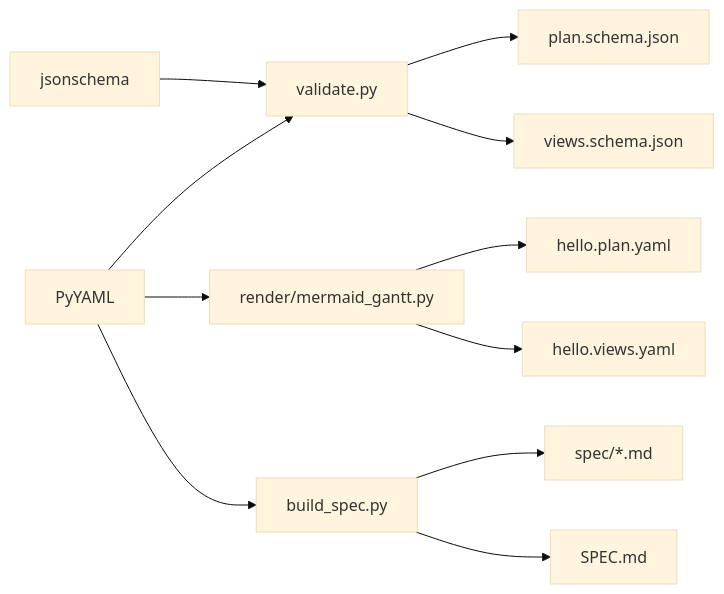
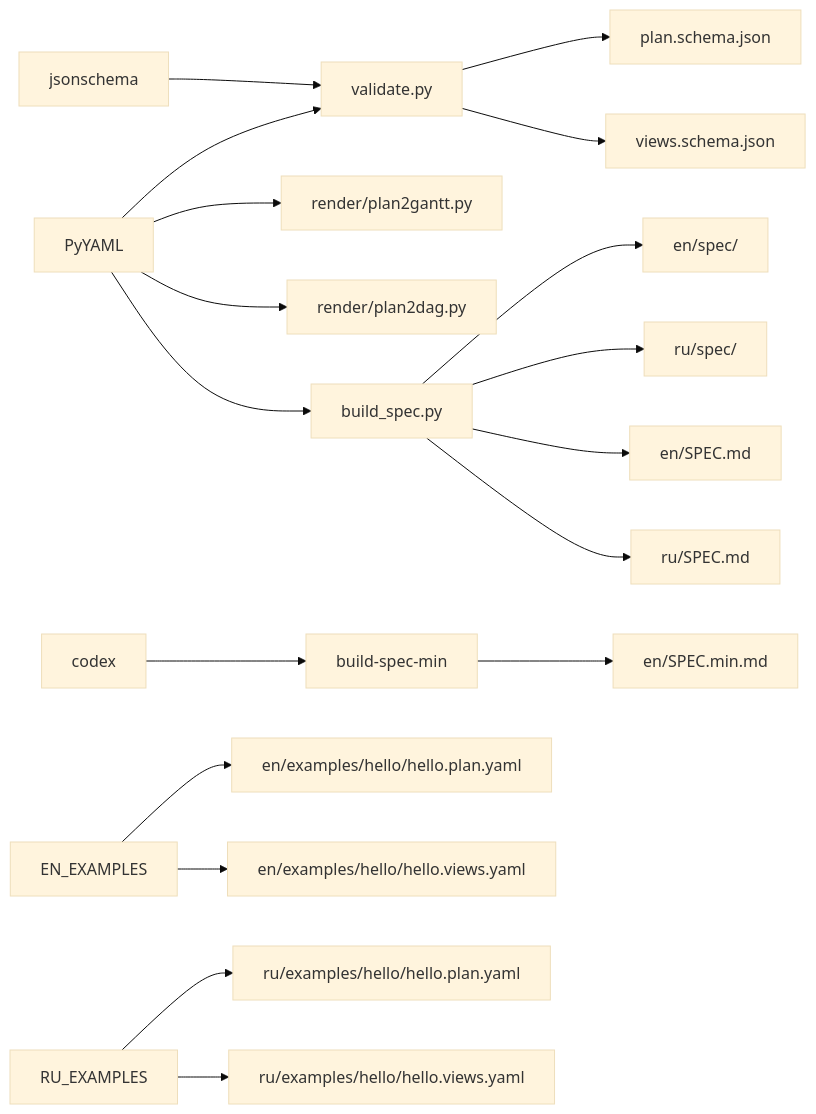
Before and after one commit to asukhodko/opskarta: the eighth of 8 diagrams in .qoder/repowiki/en/content/Tooling and Utilities/Tooling and Utilities.md, drawn with Mermaid (base theme). The commit also changed other lines of this file and 7 other files, not shown here.

````diff
--- a/.qoder/repowiki/en/content/Tooling and Utilities/Tooling and Utilities.md
+++ b/.qoder/repowiki/en/content/Tooling and Utilities/Tooling and Utilities.md
@@ -275,13 +437,20 @@
 ```mermaid
 graph LR
 PY["PyYAML"] --> V["validate.py"]
 JS["jsonschema"] --> V
-PY --> R["render/mermaid_gantt.py"]
+PY --> R["render/plan2gantt.py"]
+PY --> RD["render/plan2dag.py"]
 PY --> B["build_spec.py"]
+COD["codex"] --> BSM["build-spec-min"]
 V --> SP["plan.schema.json"]
 V --> SV["views.schema.json"]
-R --> EP["hello.plan.yaml"]
-R --> EV["hello.views.yaml"]
-B --> Spec["spec/*.md"]
-B --> OUT["SPEC.md"]
+B --> EN_SPEC["en/spec/"]
+B --> RU_SPEC["ru/spec/"]
+EN_EXAMPLES --> EP["en/examples/hello/hello.plan.yaml"]
+EN_EXAMPLES --> EV["en/examples/hello/hello.views.yaml"]
+RU_EXAMPLES --> RP["ru/examples/hello/hello.plan.yaml"]
+RU_EXAMPLES --> RV["ru/examples/hello/hello.views.yaml"]
+B --> EN_OUT["en/SPEC.md"]
+B --> RU_OUT["ru/SPEC.md"]
+BSM --> EN_MIN["en/SPEC.min.md"]
 ```
````
